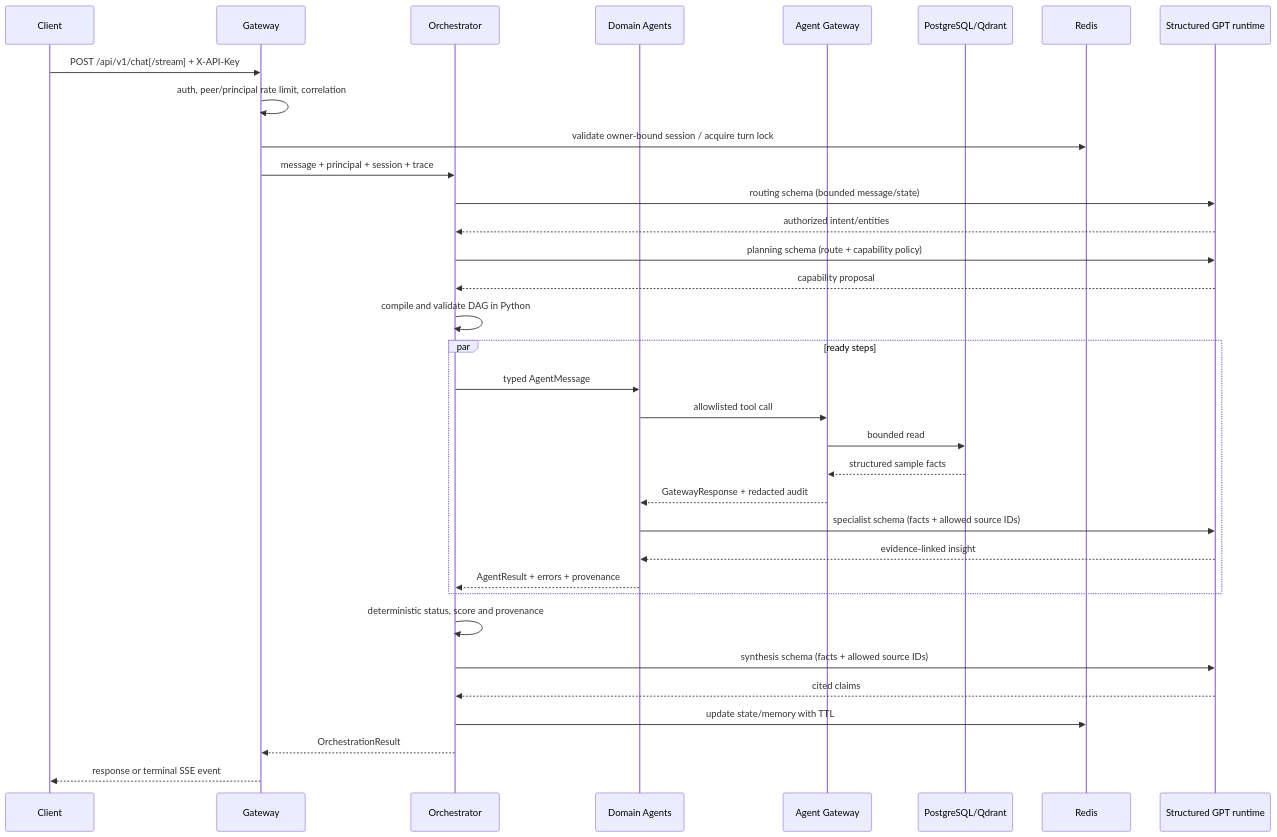
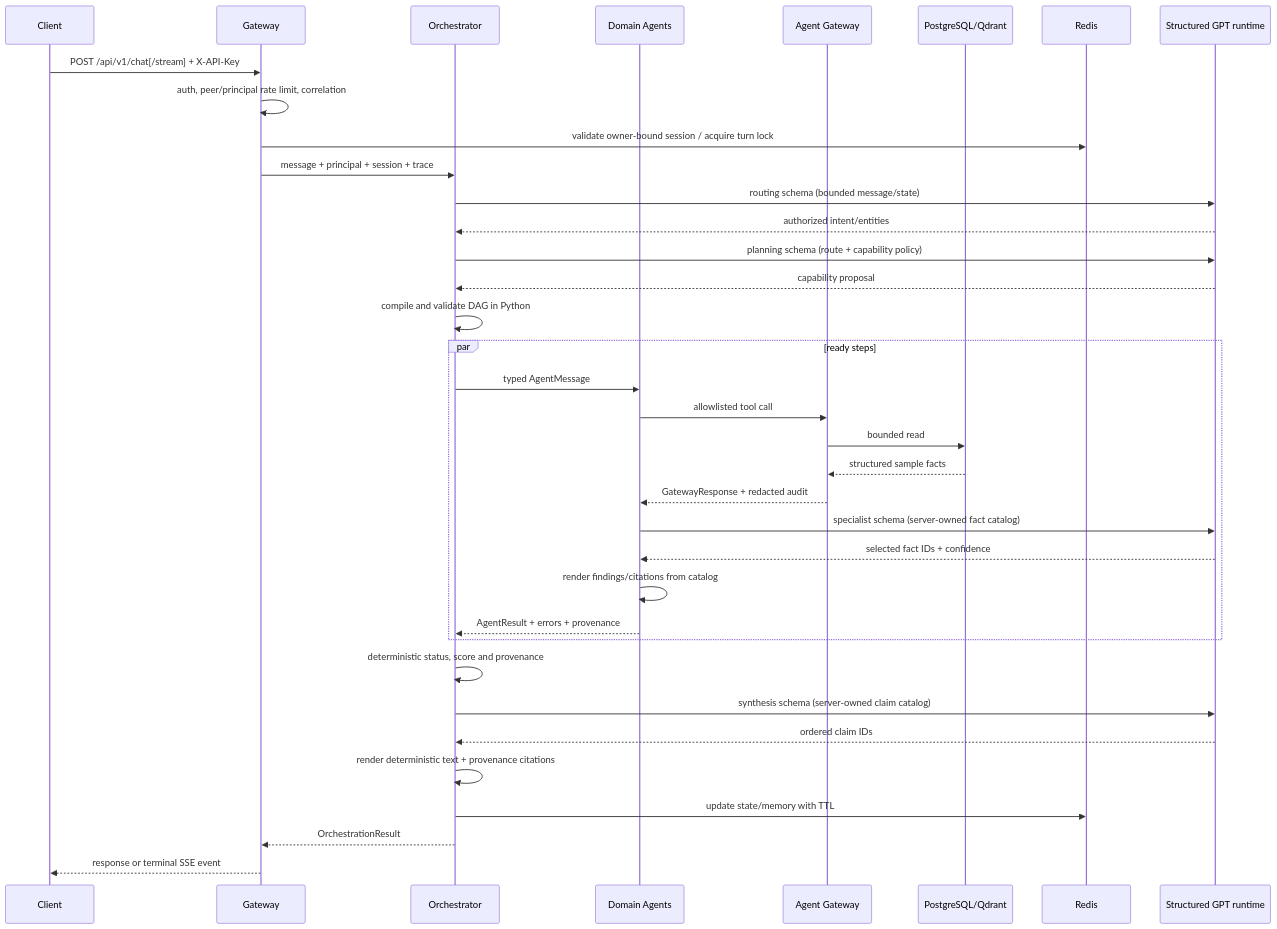
The second of 2 diagrams in docs/architecture.md (Thanh281105/multi-agent-system), drawn with Mermaid before and after one commit. The commit also changed other lines of this file and 3 other files, not shown here.

First line of the commit message:
docs(architecture): document server-owned grounding

````diff
--- a/docs/architecture.md
+++ b/docs/architecture.md
@@ -102,37 +102,39 @@
 ```mermaid
 sequenceDiagram
     participant C as Client
     participant G as Gateway
     participant O as Orchestrator
     participant D as Domain Agents
     participant A as Agent Gateway
     participant S as PostgreSQL/Qdrant
     participant R as Redis
     participant L as Structured GPT runtime
 
     C->>G: POST /api/v1/chat[/stream] + X-API-Key
     G->>G: auth, peer/principal rate limit, correlation
     G->>R: validate owner-bound session / acquire turn lock
     G->>O: message + principal + session + trace
     O->>L: routing schema (bounded message/state)
     L-->>O: authorized intent/entities
     O->>L: planning schema (route + capability policy)
     L-->>O: capability proposal
     O->>O: compile and validate DAG in Python
     par ready steps
         O->>D: typed AgentMessage
         D->>A: allowlisted tool call
         A->>S: bounded read
         S-->>A: structured sample facts
         A-->>D: GatewayResponse + redacted audit
-        D->>L: specialist schema (facts + allowed source IDs)
-        L-->>D: evidence-linked insight
+        D->>L: specialist schema (server-owned fact catalog)
+        L-->>D: selected fact IDs + confidence
+        D->>D: render findings/citations from catalog
         D-->>O: AgentResult + errors + provenance
     end
     O->>O: deterministic status, score and provenance
-    O->>L: synthesis schema (facts + allowed source IDs)
-    L-->>O: cited claims
+    O->>L: synthesis schema (server-owned claim catalog)
+    L-->>O: ordered claim IDs
+    O->>O: render deterministic text + provenance citations
     O->>R: update state/memory with TTL
     O-->>G: OrchestrationResult
     G-->>C: response or terminal SSE event
 ```
````
